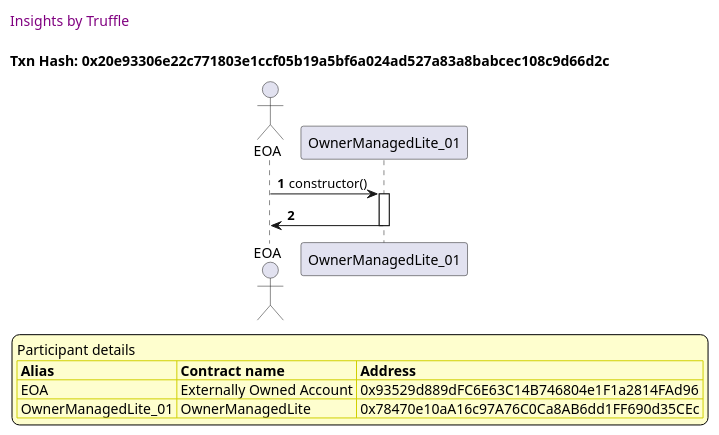
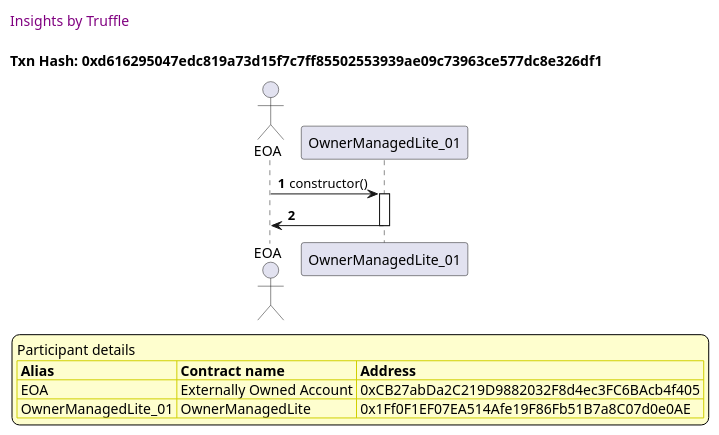
Before and after one commit to thedarkjester/ConsensysAssignment: the sixth of 9 diagrams in truffle-seq/OwnerManagedLite_test_add_state.md, drawn with PlantUML. The commit also changed other lines of this file and 13 other files, not shown here.

````diff
--- a/truffle-seq/OwnerManagedLite_test_add_state.md
+++ b/truffle-seq/OwnerManagedLite_test_add_state.md
@@ -256,37 +256,37 @@
 ```plantuml
 
 
 @startuml
 
 autonumber
 skinparam legendBackgroundColor #FEFECE
 
 <style>
       header {
         HorizontalAlignment left
         FontColor purple
         FontSize 14
         Padding 10
       }
     </style>
 
 header Insights by Truffle
 
-title Txn Hash: 0x20e93306e22c771803e1ccf05b19a5bf6a024ad527a83a8babcec108c9d66d2c
+title Txn Hash: 0xd616295047edc819a73d15f7c7ff85502553939ae09c73963ce577dc8e326df1
 
 
 actor EOA as "EOA"
 participant OwnerManagedLite_01 as "OwnerManagedLite_01"
 
 "EOA" -> "OwnerManagedLite_01" ++: constructor()
 "OwnerManagedLite_01" -> "EOA" --: 
 
 legend
 Participant details
 <#FEFECE,#D0D000>|= Alias |= Contract name |= Address |
-<#FEFECE>| EOA | Externally Owned Account | 0x93529d889dFC6E63C14B746804e1F1a2814FAd96 |
-<#FEFECE>| OwnerManagedLite_01 | OwnerManagedLite | 0x78470e10aA16c97A76C0Ca8AB6dd1FF690d35CEc |
+<#FEFECE>| EOA | Externally Owned Account | 0xCB27abDa2C219D9882032F8d4ec3FC6BAcb4f405 |
+<#FEFECE>| OwnerManagedLite_01 | OwnerManagedLite | 0x1Ff0F1EF07EA514Afe19F86Fb51B7a8C07d0e0AE |
 endlegend
 
 @enduml
 ```
````
